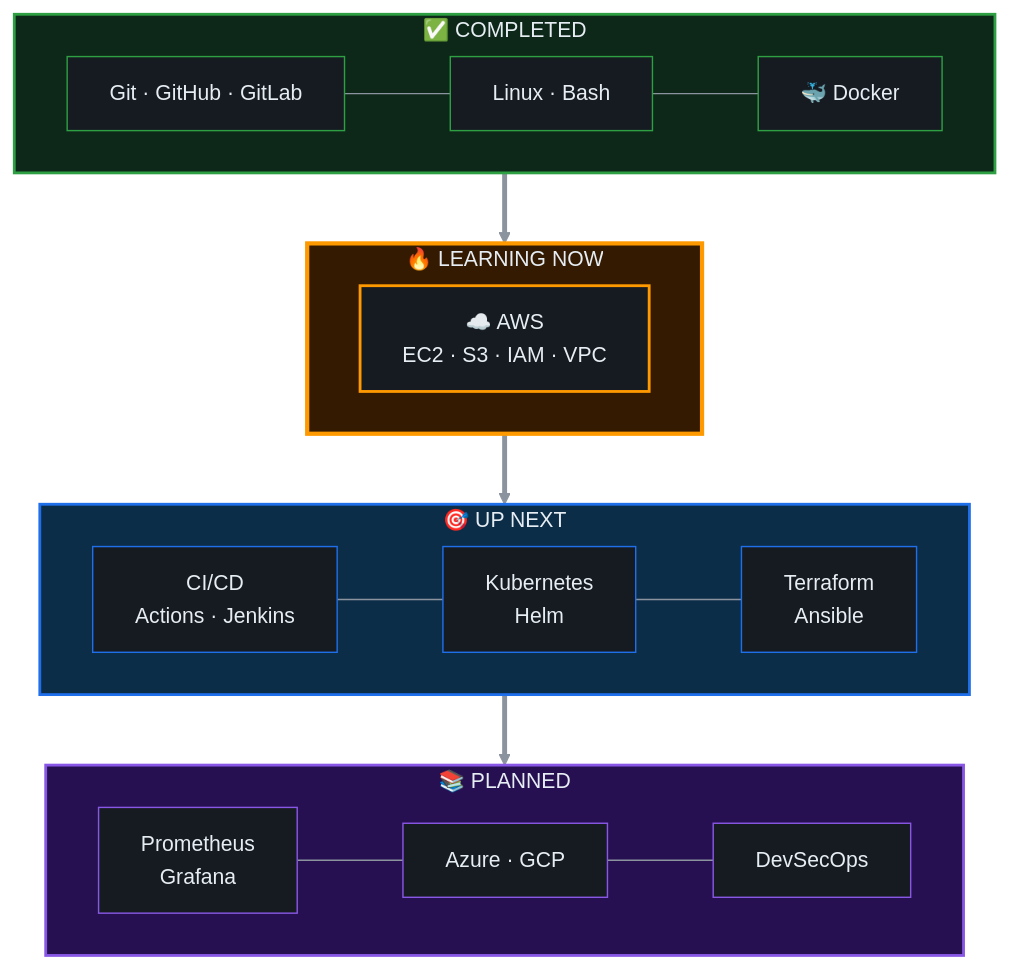
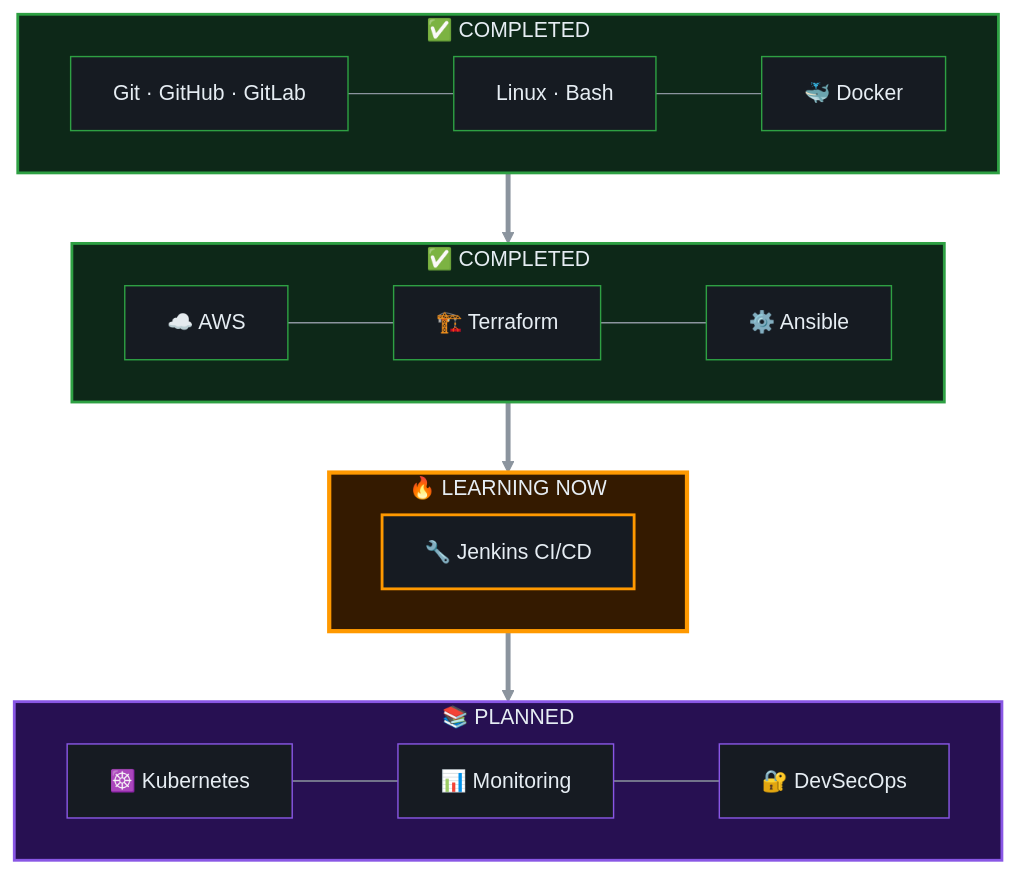
Before and after one commit to Khairullah-Ibrahim-Khail/Khairullah-Ibrahim-Khail: the diagram in README.md, drawn with Mermaid. The commit also changed other lines of this file, not shown here.

````diff
--- a/README.md
+++ b/README.md
@@ -203,36 +207,36 @@
 ```mermaid
 %%{init: {'theme':'base','themeVariables':{'primaryColor':'#0d1117','primaryTextColor':'#e6edf3','primaryBorderColor':'#00d9ff','lineColor':'#8b949e','fontSize':'15px','fontFamily':'Segoe UI, sans-serif'},'flowchart':{'curve':'basis','nodeSpacing':40,'rankSpacing':50}}}%%
 flowchart TB
     subgraph F1["✅ COMPLETED"]
         direction LR
         A["Git · GitHub · GitLab"] --- B["Linux · Bash"] --- C["🐳 Docker"]
     end
-    subgraph F2["🔥 LEARNING NOW"]
+    subgraph F2["✅ COMPLETED"]
         direction LR
-        D["☁️ AWS<br/>EC2 · S3 · IAM · VPC"]
+        D["☁️ AWS"] --- E["🏗️ Terraform"] --- F["⚙️ Ansible"]
     end
-    subgraph F3["🎯 UP NEXT"]
+    subgraph F3["🔥 LEARNING NOW"]
         direction LR
-        E["CI/CD<br/>Actions · Jenkins"] --- F["Kubernetes<br/>Helm"] --- G["Terraform<br/>Ansible"]
+        G["🔧 Jenkins CI/CD"]
     end
     subgraph F4["📚 PLANNED"]
         direction LR
-        H["Prometheus<br/>Grafana"] --- I["Azure · GCP"] --- J["DevSecOps"]
+        H["☸️ Kubernetes"] --- I["📊 Monitoring"] --- J["🔐 DevSecOps"]
     end
     F1 ==> F2 ==> F3 ==> F4
 
     style F1 fill:#0d2818,stroke:#2ea043,stroke-width:2px,color:#e6edf3
-    style F2 fill:#341a00,stroke:#ff9900,stroke-width:3px,color:#e6edf3
-    style F3 fill:#0c2d48,stroke:#1f6feb,stroke-width:2px,color:#e6edf3
+    style F2 fill:#0d2818,stroke:#2ea043,stroke-width:2px,color:#e6edf3
+    style F3 fill:#341a00,stroke:#ff9900,stroke-width:3px,color:#e6edf3
     style F4 fill:#271052,stroke:#8957e5,stroke-width:2px,color:#e6edf3
     style A fill:#161b22,stroke:#2ea043,color:#e6edf3
     style B fill:#161b22,stroke:#2ea043,color:#e6edf3
     style C fill:#161b22,stroke:#2ea043,color:#e6edf3
-    style D fill:#161b22,stroke:#ff9900,stroke-width:2px,color:#e6edf3
-    style E fill:#161b22,stroke:#1f6feb,color:#e6edf3
-    style F fill:#161b22,stroke:#1f6feb,color:#e6edf3
-    style G fill:#161b22,stroke:#1f6feb,color:#e6edf3
+    style D fill:#161b22,stroke:#2ea043,color:#e6edf3
+    style E fill:#161b22,stroke:#2ea043,color:#e6edf3
+    style F fill:#161b22,stroke:#2ea043,color:#e6edf3
+    style G fill:#161b22,stroke:#ff9900,stroke-width:2px,color:#e6edf3
     style H fill:#161b22,stroke:#8957e5,color:#e6edf3
     style I fill:#161b22,stroke:#8957e5,color:#e6edf3
     style J fill:#161b22,stroke:#8957e5,color:#e6edf3
 ```
````
